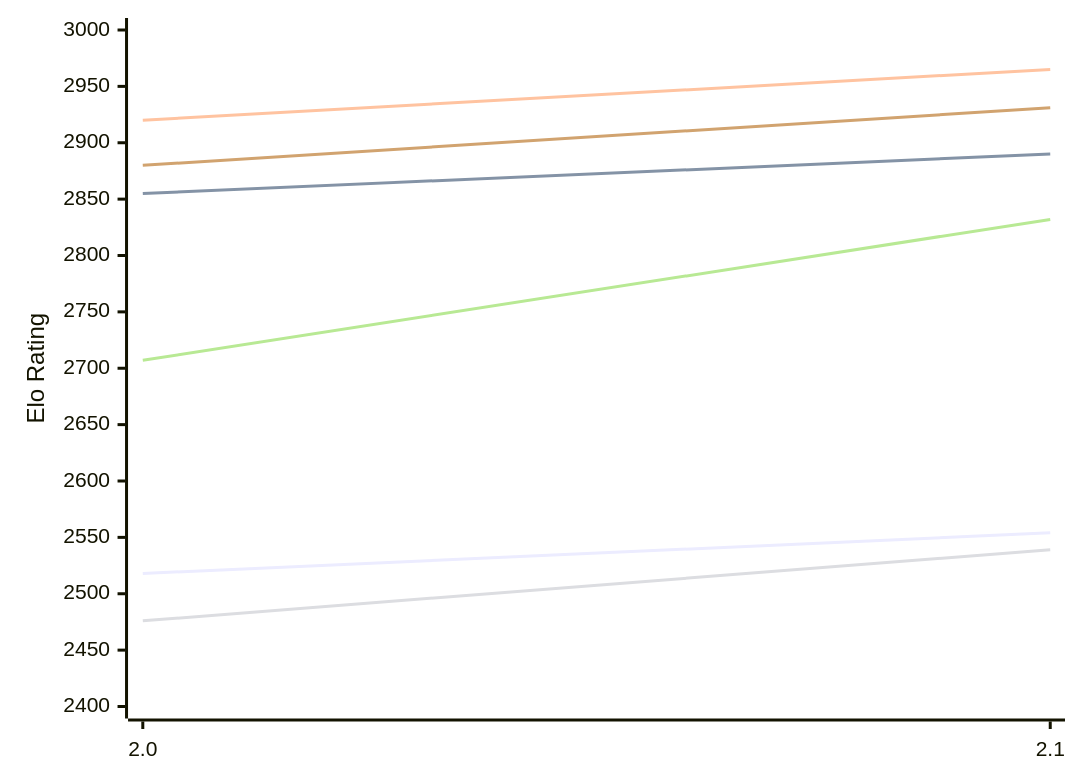
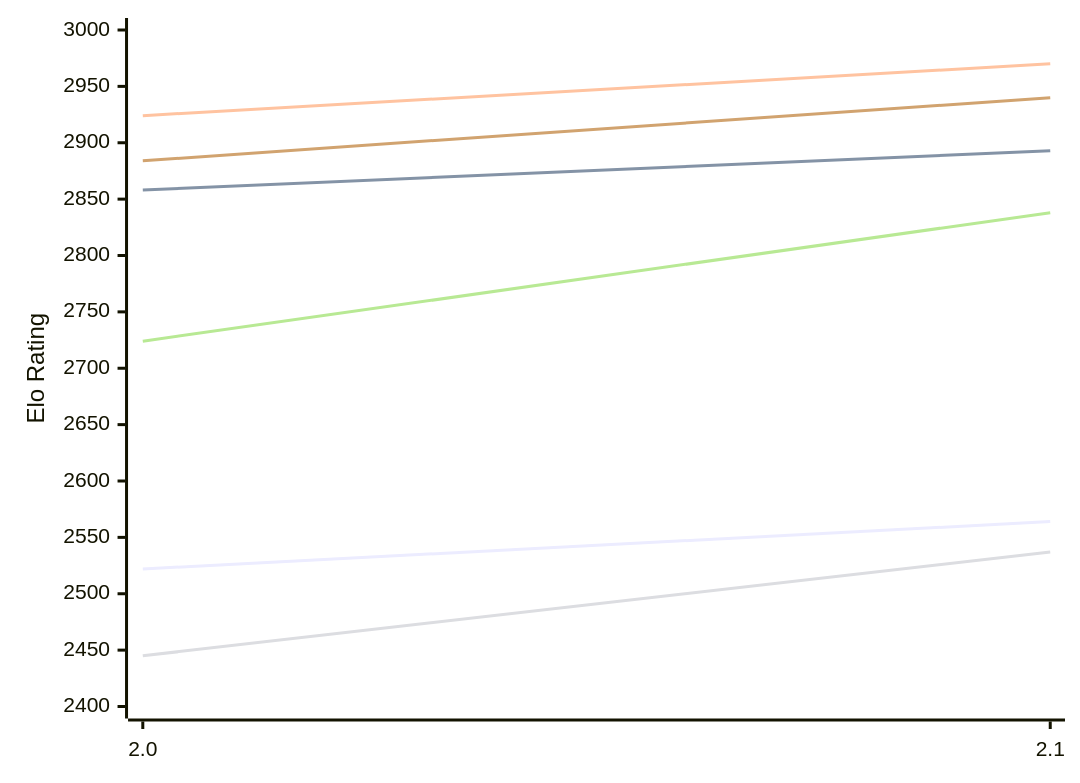
The first of 2 diagrams in engines/Noggin.md (computer-chess-index/cci), drawn with Mermaid before and after one commit. The commit also changed other lines of this file, not shown here.

Commit message:
Update CCI Ratings (ELO VLTC) - 2026-11-20

````diff
--- a/engines/Noggin.md
+++ b/engines/Noggin.md
@@ -50,12 +50,12 @@
 ```mermaid
 %%{init: {"theme":"base","themeVariables":{"seriesColors:['#a3a3a3','#222221','#faa371']}}}%%
 xychart-beta
   x-axis ["2.0", "2.1"]
   y-axis "Elo Rating" 2400 --> 3000
-  line "E1: STC (8.0+0.08s)" [2518, 2554]
-  line "E1: LTC (60.0+0.60s)" [2855, 2890]
-  line "E1: VLTC (2m24s+1.12s)" [2920, 2965]
-  line "P1: STC (8.0+0.08s)" [2476, 2539]
-  line "P1: LTC (60.0+0.60s)" [2707, 2832]
-  line "P1: VLTC (2m24s+1.12s)" [2880, 2931]
+  line "E1: STC (8.0+0.08s)" [2522, 2564]
+  line "E1: LTC (60.0+0.60s)" [2858, 2893]
+  line "E1: VLTC (2m24s+1.12s)" [2924, 2970]
+  line "P1: STC (8.0+0.08s)" [2445, 2537]
+  line "P1: LTC (60.0+0.60s)" [2724, 2838]
+  line "P1: VLTC (2m24s+1.12s)" [2884, 2940]
 ```
````
